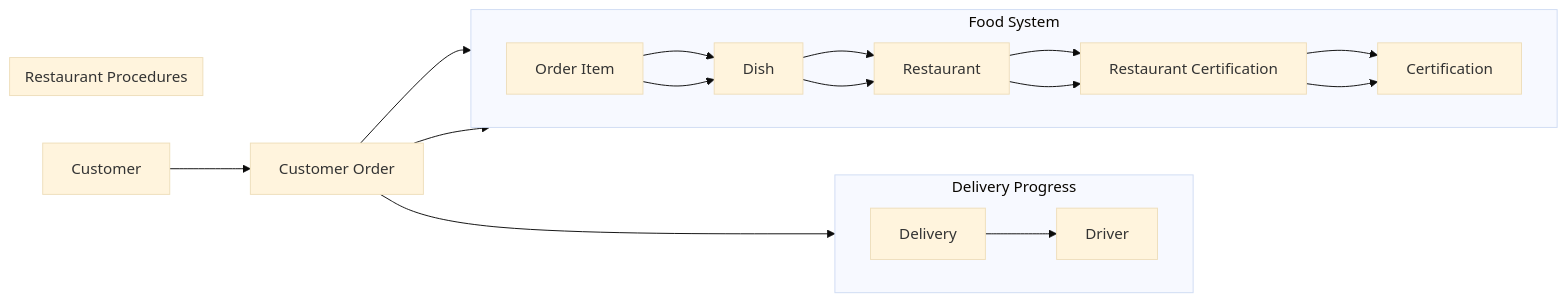
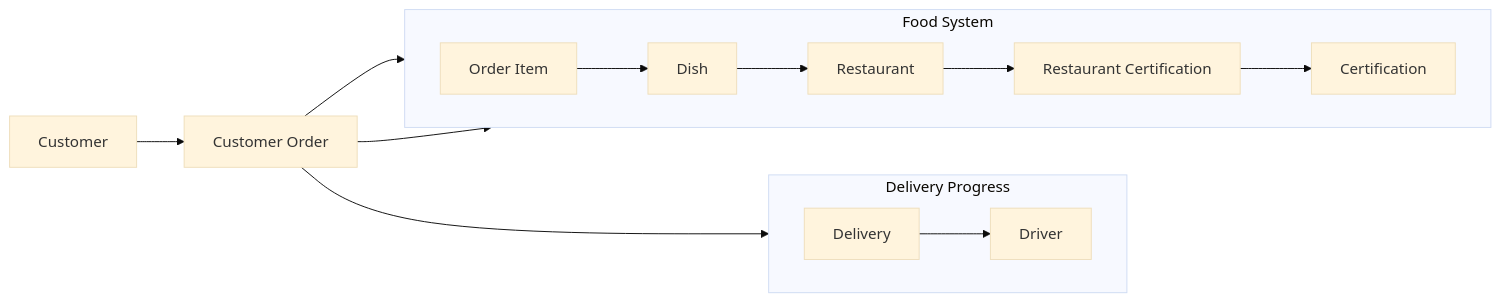
Before and after one commit to NosrevytsNg/Relational-Design-SQL-Implementation-Food-Delivery-Database-System: the second of 2 diagrams in README.md, drawn with Mermaid (base theme).

````diff
--- a/README.md
+++ b/README.md
@@ -68,49 +68,34 @@
 ```mermaid
 flowchart LR
 
 Customer[Customer]
 Order[Customer Order]
 
 %% Lower section (Driver chain)
 subgraph Delivery Progress
 direction LR
 Driver[Driver]
 Delivery[Delivery]
 Delivery --> Driver
 end
 
 %% Upper section (Food chain)
 subgraph Food System
 direction LR
 OrderItem[Order Item]
 Dish[Dish]
 Restaurant[Restaurant]
 Certification[Certification]
 RestaurantCertification[Restaurant Certification]
 
 OrderItem --> Dish
 Dish --> Restaurant
 Restaurant --> RestaurantCertification
 RestaurantCertification --> Certification
 end
 
-%% Upper-Inner section (Food chain)
-subgraph Restaurant Procedures
-direction LR
-OrderItem[Order Item]
-Dish[Dish]
-Restaurant[Restaurant]
-Certification[Certification]
-RestaurantCertification[Restaurant Certification]
-
-OrderItem --> Dish
-Dish --> Restaurant
-Restaurant --> RestaurantCertification
-RestaurantCertification --> Certification
-end
-
 Customer --> Order
 Order --> OrderItem
 Order --> Restaurant
 Order --> Delivery
 ```
````
